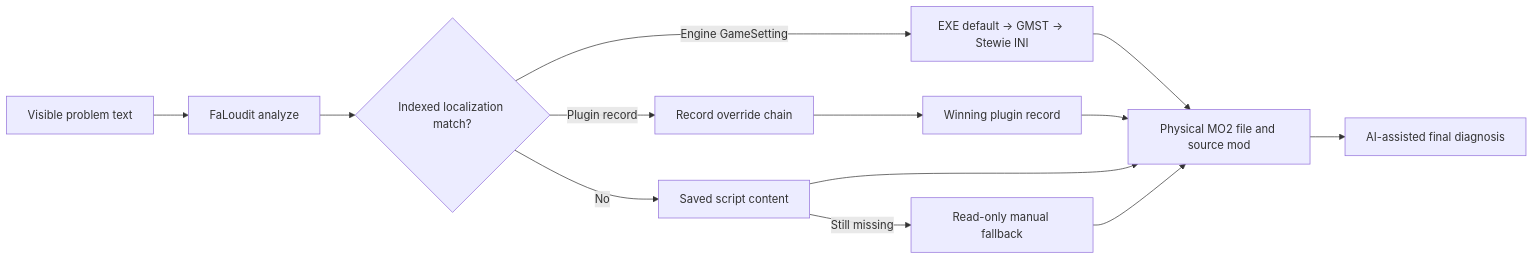
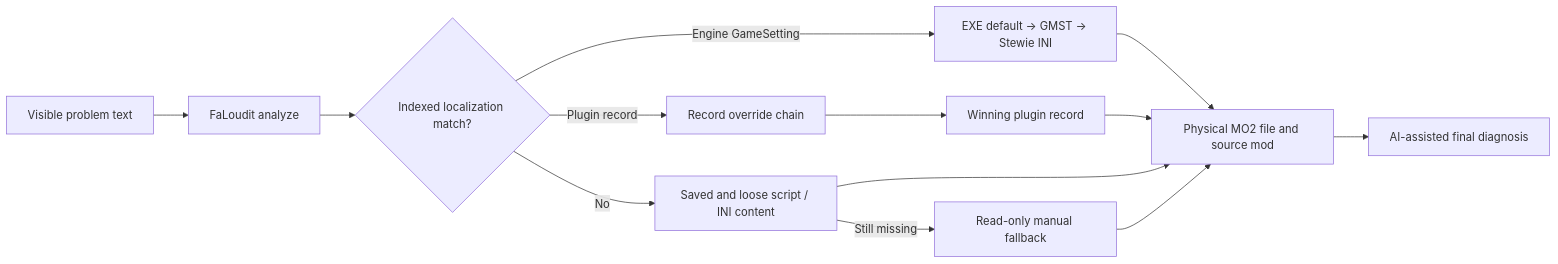
Before and after one commit to YAMium/FaLoudit: the diagram in README.md, drawn with Mermaid. The commit also changed other lines of this file and 24 other files, not shown here.

Commit message:
feat: index loose scripts and ini values

````diff
--- a/README.md
+++ b/README.md
@@ -58,15 +58,15 @@
 ```mermaid
 flowchart LR
     A[Visible problem text] --> B[FaLoudit analyze]
     B --> C{Indexed localization match?}
     C -->|Plugin record| D[Record override chain]
     C -->|Engine GameSetting| J[EXE default → GMST → Stewie INI]
-    C -->|No| E[Saved script content]
+    C -->|No| E[Saved and loose script / INI content]
     E -->|Still missing| F[Read-only manual fallback]
     D --> G[Winning plugin record]
     J --> H
     G --> H[Physical MO2 file and source mod]
     E --> H
     F --> H
     H --> I[AI-assisted final diagnosis]
 ```
````
